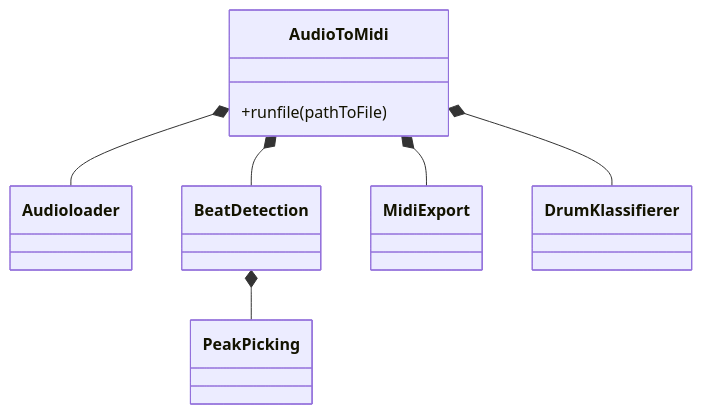
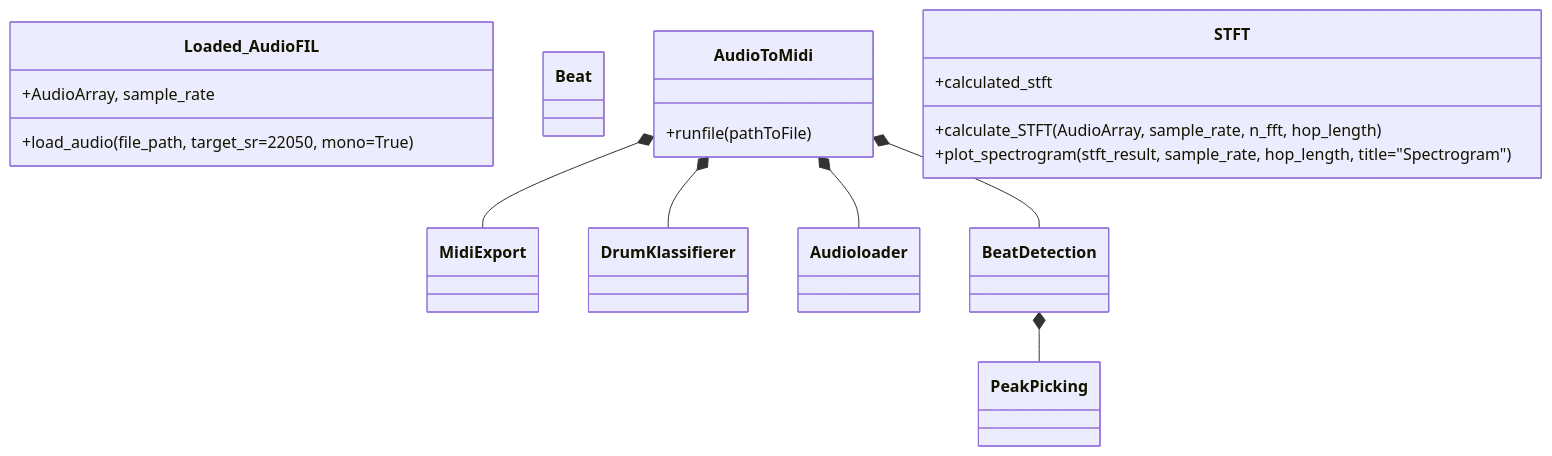
The diagram in ClassDiagramm/Classes.mmd (petwie/Audio-to-MIDI), drawn with Mermaid before and after one commit.

Commit message:
hab noch für die FTFT eine Klasse im Diagramm hinzugefügt

```diff
--- a/ClassDiagramm/Classes.mmd
+++ b/ClassDiagramm/Classes.mmd
@@ -1,30 +1,36 @@
 classDiagram
 direction TB
-    class Audioloader {
-
-
+    class Loaded_AudioFIL{
+        +AudioArray, sample_rate
+        +load_audio(file_path, target_sr=22050, mono=True)
     }
 
-    class BeatDetection {
+    class Beat{
     }
 
-    class PeakPicking {
+    class PeakPicking{
     }
 
-    class AudioToMidi {
+    class AudioToMidi{
       +runfile(pathToFile)
     }
 
     class MidiExport{
 
     }
 
     class DrumKlassifierer{
 
     }
 
+    class STFT{
+        +calculated_stft
+        +calculate_STFT(AudioArray, sample_rate, n_fft, hop_length)
+        +plot_spectrogram(stft_result, sample_rate, hop_length, title="Spectrogram")
+    }
+
     AudioToMidi *-- Audioloader
     AudioToMidi *-- BeatDetection
     AudioToMidi *-- MidiExport
     AudioToMidi *-- DrumKlassifierer
-    BeatDetection *-- PeakPicking
+    BeatDetection *-- PeakPicking       
```
